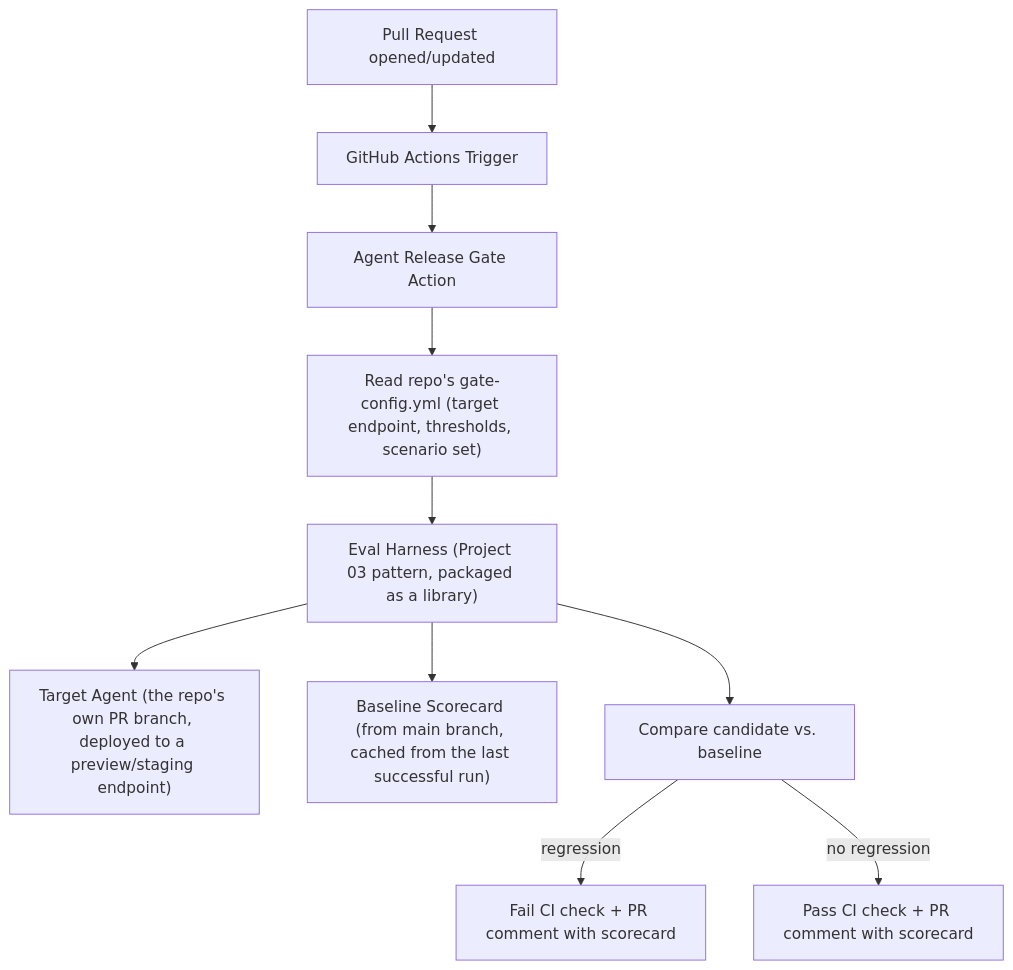
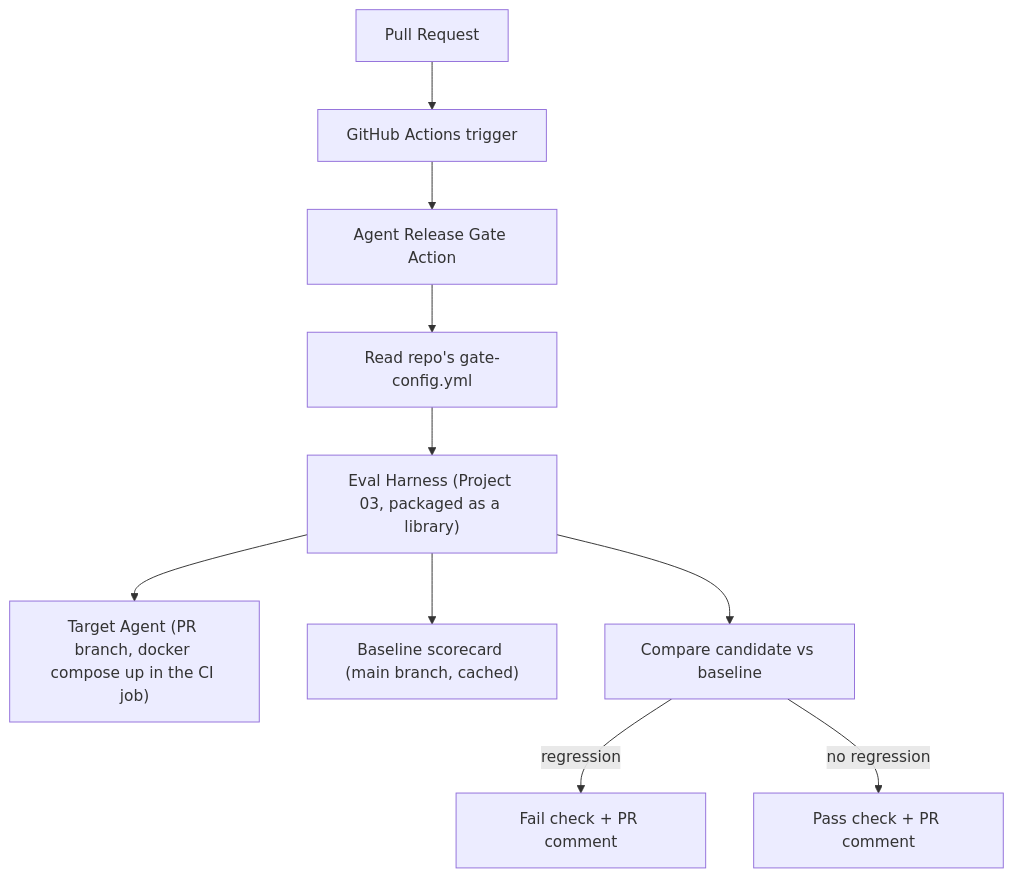
One commit to shrey1409/Multiple-AI-Agents-Projects changed the diagram in projects/12-agent-release-gate-cicd/PLAN.md. Above: the diagram before and after it, drawn with Mermaid. The commit also changed other lines of this file and 11 other files, not shown here.

````diff
--- a/projects/12-agent-release-gate-cicd/PLAN.md
+++ b/projects/12-agent-release-gate-cicd/PLAN.md
@@ -20,12 +20,12 @@
 ```mermaid
 flowchart TD
-    PR["Pull Request opened/updated"] --> GH[GitHub Actions Trigger]
+    PR["Pull Request"] --> GH[GitHub Actions trigger]
     GH --> ACT[Agent Release Gate Action]
-    ACT --> CFG["Read repo's gate-config.yml (target endpoint, thresholds, scenario set)"]
-    CFG --> HARNESS["Eval Harness (Project 03 pattern, packaged as a library)"]
-    HARNESS --> TGT["Target Agent (the repo's own PR branch, deployed to a preview/staging endpoint)"]
-    HARNESS --> BASE["Baseline Scorecard (from main branch, cached from the last successful run)"]
-    HARNESS --> CMP[Compare candidate vs. baseline]
-    CMP -->|regression| FAIL["Fail CI check + PR comment with scorecard"]
-    CMP -->|no regression| PASS["Pass CI check + PR comment with scorecard"]
+    ACT --> CFG["Read repo's gate-config.yml"]
+    CFG --> HARNESS["Eval Harness (Project 03, packaged as a library)"]
+    HARNESS --> TGT["Target Agent (PR branch, docker compose up in the CI job)"]
+    HARNESS --> BASE["Baseline scorecard (main branch, cached)"]
+    HARNESS --> CMP[Compare candidate vs baseline]
+    CMP -->|regression| FAIL["Fail check + PR comment"]
+    CMP -->|no regression| PASS["Pass check + PR comment"]
 ```
````
